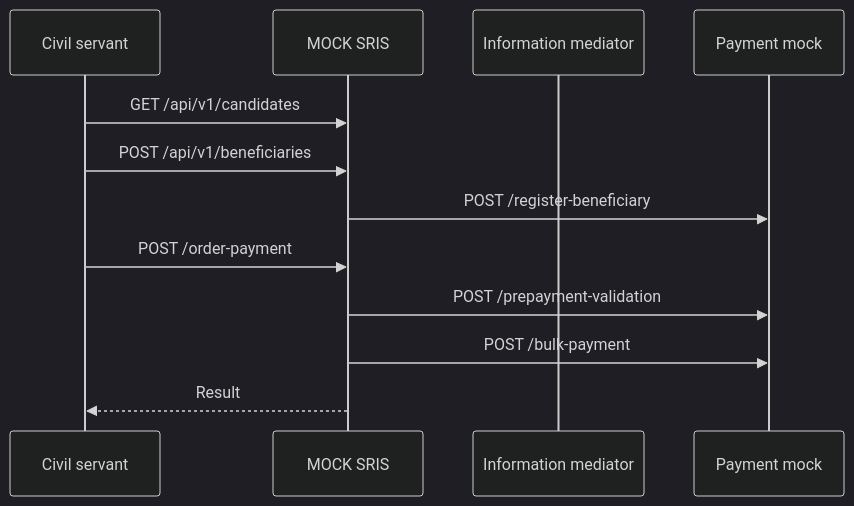
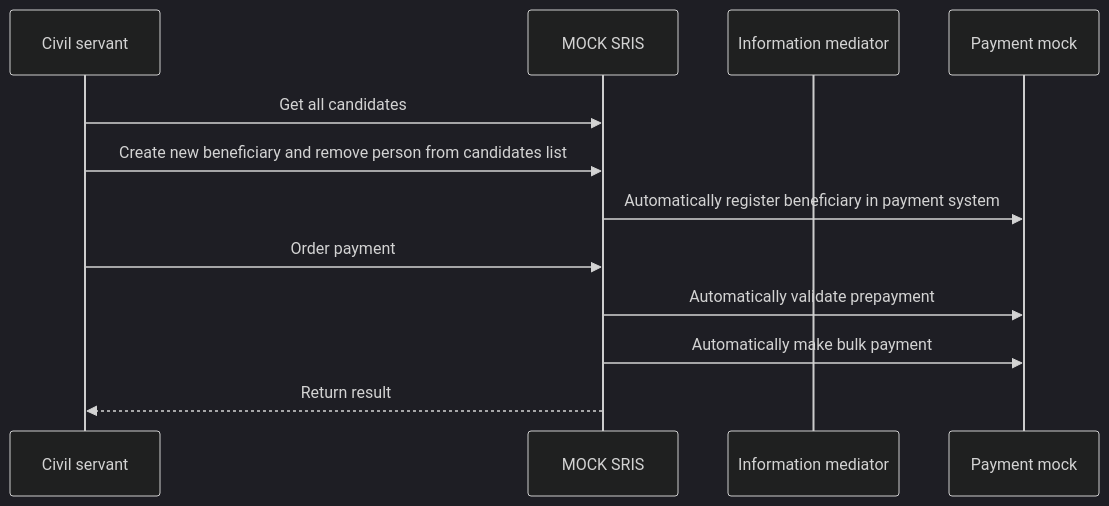
Before and after one commit to GovStackWorkingGroup/sandbox-usecase-usct-backend: the diagram in docs/main.md, drawn with Mermaid (dark theme).

Commit message:
Update diagram

````diff
--- a/docs/main.md
+++ b/docs/main.md
@@ -9,12 +9,12 @@
 ```mermaid
 sequenceDiagram
 
-Civil servant ->> MOCK SRIS: GET /api/v1/candidates
-Civil servant ->> MOCK SRIS: POST /api/v1/beneficiaries
+Civil servant ->> MOCK SRIS: Get all candidates
+Civil servant ->> MOCK SRIS: Create new beneficiary and remove person from candidates list
     participant im as Information mediator
-MOCK SRIS ->> Payment mock: POST /register-beneficiary
-Civil servant ->> MOCK SRIS: POST /order-payment
-MOCK SRIS ->> Payment mock: POST /prepayment-validation
-MOCK SRIS ->> Payment mock: POST /bulk-payment
-MOCK SRIS -->> Civil servant: Result
+MOCK SRIS ->> Payment mock: Automatically register beneficiary in payment system
+Civil servant ->> MOCK SRIS: Order payment
+MOCK SRIS ->> Payment mock: Automatically validate prepayment
+MOCK SRIS ->> Payment mock: Automatically make bulk payment
+MOCK SRIS -->> Civil servant: Return result
 ```
````
